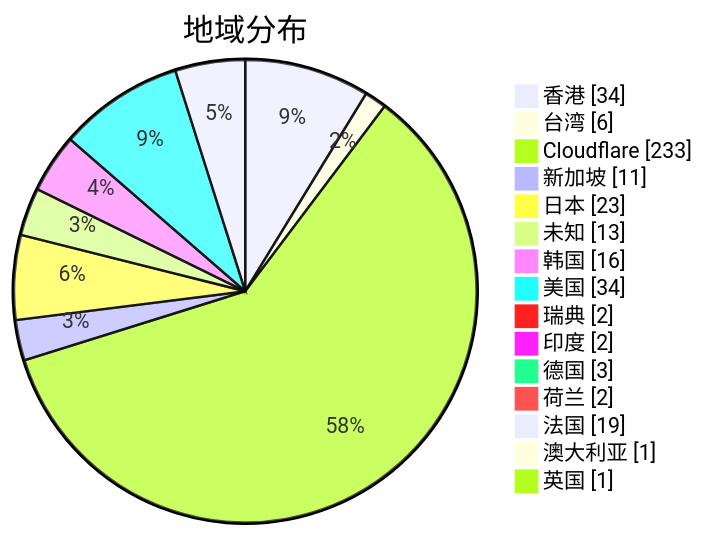
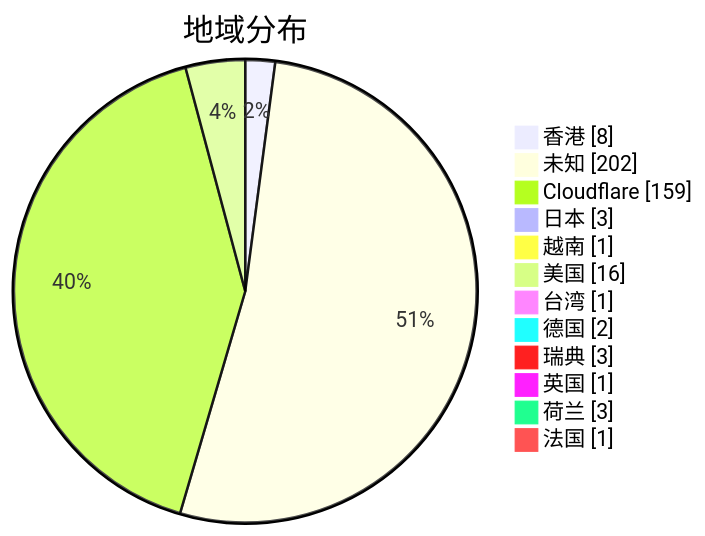
One commit to qjlxg/airport changed the second of 3 diagrams in subs/statistics/tested_within.md. Above: the diagram before and after it, drawn with Mermaid. The commit also changed other lines of this file and 2 other files, not shown here.

````diff
--- a/subs/statistics/tested_within.md
+++ b/subs/statistics/tested_within.md
@@ -13,19 +13,16 @@
 ```mermaid
 pie showData
 title 地域分布
-"香港" : 34
-"台湾" : 6
-"Cloudflare" : 233
-"新加坡" : 11
-"日本" : 23
-"未知" : 13
-"韩国" : 16
-"美国" : 34
-"瑞典" : 2
-"印度" : 2
-"德国" : 3
-"荷兰" : 2
-"法国" : 19
-"澳大利亚" : 1
+"香港" : 8
+"未知" : 202
+"Cloudflare" : 159
+"日本" : 3
+"越南" : 1
+"美国" : 16
+"台湾" : 1
+"德国" : 2
+"瑞典" : 3
 "英国" : 1
+"荷兰" : 3
+"法国" : 1
 ```
````
